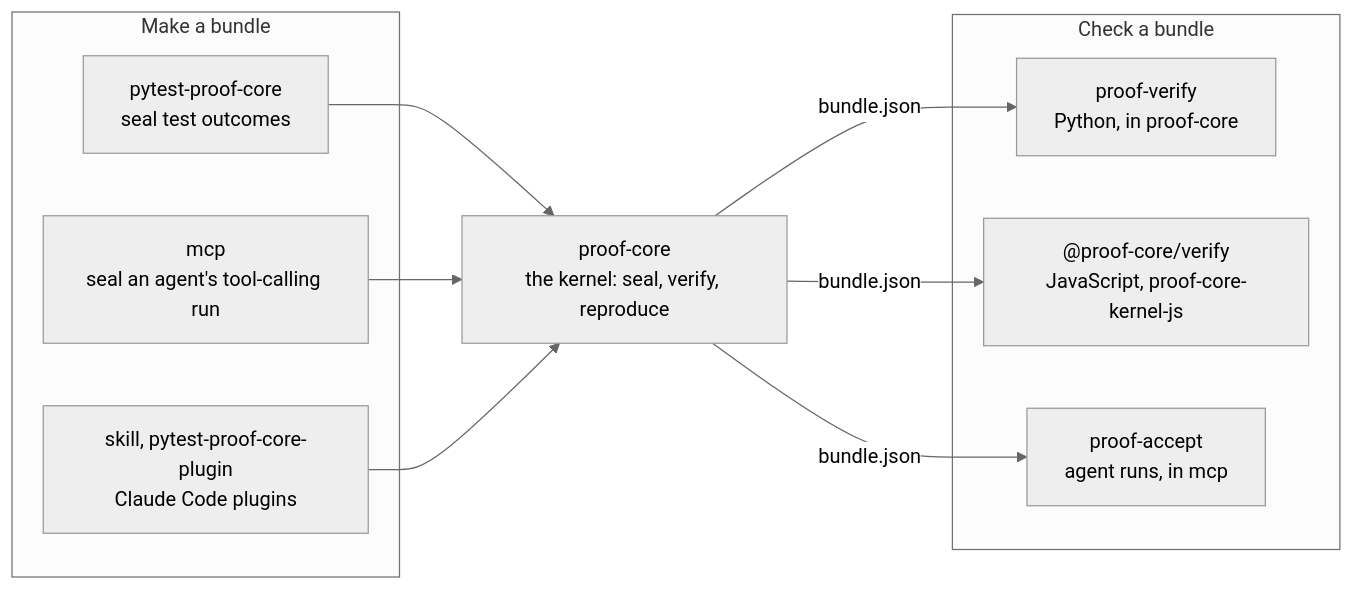
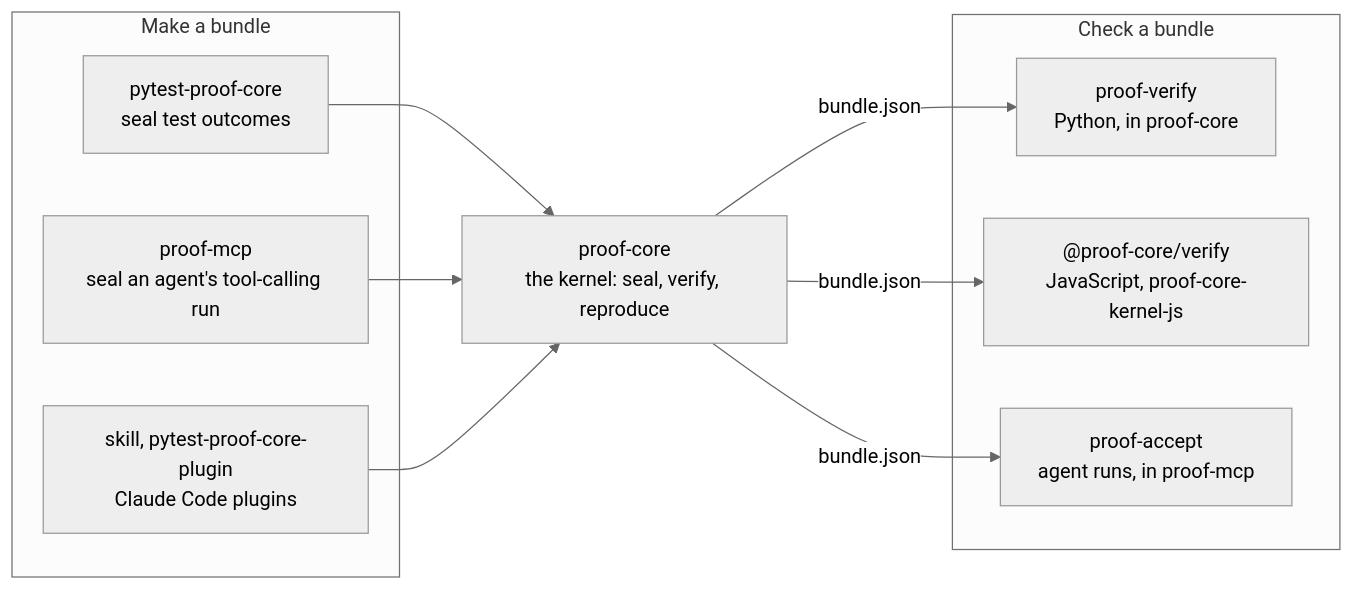
Before and after one commit to SMRFORGE/proof-core: the second of 2 diagrams in README.md, drawn with Mermaid (neutral theme). The commit also changed other lines of this file, not shown here.

Commit message:
docs: mcp is now proof-mcp

````diff
--- a/README.md
+++ b/README.md
@@ -96,20 +96,20 @@
 ```mermaid
 flowchart LR
     subgraph make["Make a bundle"]
         PT["pytest-proof-core<br/>seal test outcomes"]
-        MCP["mcp<br/>seal an agent's tool-calling run"]
+        MCP["proof-mcp<br/>seal an agent's tool-calling run"]
         SK["skill, pytest-proof-core-plugin<br/>Claude Code plugins"]
     end
     K["proof-core<br/>the kernel: seal, verify, reproduce"]
     subgraph check["Check a bundle"]
         PV["proof-verify<br/>Python, in proof-core"]
         JS["@proof-core/verify<br/>JavaScript, proof-core-kernel-js"]
-        PA["proof-accept<br/>agent runs, in mcp"]
+        PA["proof-accept<br/>agent runs, in proof-mcp"]
     end
     PT --> K
     MCP --> K
     SK --> K
     K -->|"bundle.json"| PV
     K -->|"bundle.json"| JS
     K -->|"bundle.json"| PA
 ```
````
